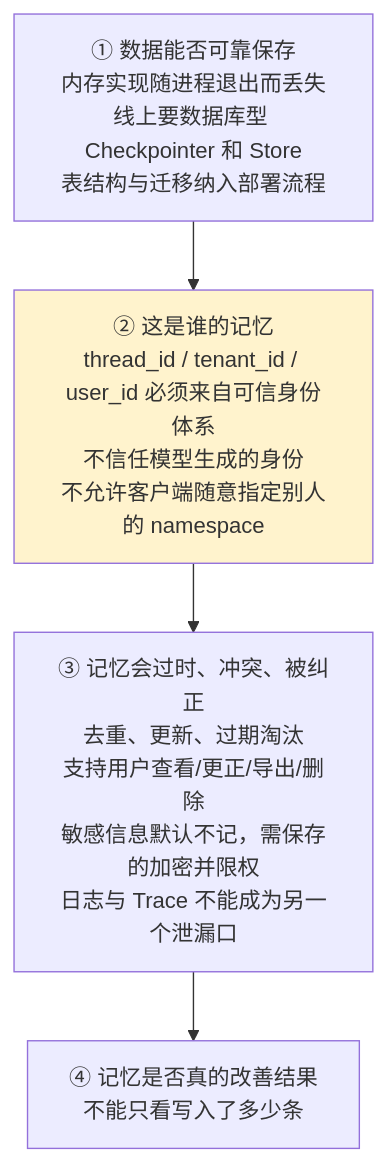
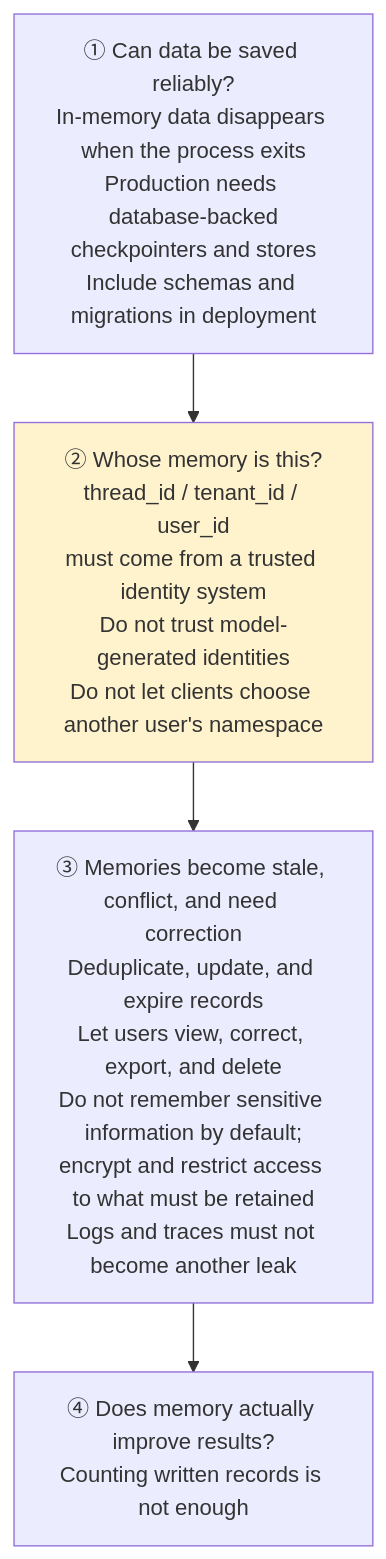
One commit to oneleaveknowsthefall/awesome-ai-roadmap changed the second of 2 diagrams in docs/frameworks/01-langchain/02-agent-building/06-memory.md. Above: the diagram before and after it, drawn with Mermaid. The commit also changed other lines of this file and 70 other files, not shown here.

````diff
--- a/docs/frameworks/01-langchain/02-agent-building/06-memory.md
+++ b/docs/frameworks/01-langchain/02-agent-building/06-memory.md
@@ -175,10 +177,10 @@
 ```mermaid
 flowchart TB
-    P1["① 数据能否可靠保存<br/>内存实现随进程退出而丢失<br/>线上要数据库型 Checkpointer 和 Store<br/>表结构与迁移纳入部署流程"]
-    P2["② 这是谁的记忆<br/>thread_id / tenant_id / user_id 必须来自可信身份体系<br/>不信任模型生成的身份<br/>不允许客户端随意指定别人的 namespace"]
-    P3["③ 记忆会过时、冲突、被纠正<br/>去重、更新、过期淘汰<br/>支持用户查看/更正/导出/删除<br/>敏感信息默认不记，需保存的加密并限权<br/>日志与 Trace 不能成为另一个泄漏口"]
-    P4["④ 记忆是否真的改善结果<br/>不能只看写入了多少条"]
+    P1["① Can data be saved reliably?<br/>In-memory data disappears when the process exits<br/>Production needs database-backed<br/>checkpointers and stores<br/>Include schemas and migrations in deployment"]
+    P2["② Whose memory is this?<br/>thread_id / tenant_id / user_id<br/>must come from a trusted identity system<br/>Do not trust model-generated identities<br/>Do not let clients choose another user's namespace"]
+    P3["③ Memories become stale, conflict, and need correction<br/>Deduplicate, update, and expire records<br/>Let users view, correct, export, and delete<br/>Do not remember sensitive information by default;<br/>encrypt and restrict access to what must be retained<br/>Logs and traces must not become another leak"]
+    P4["④ Does memory actually improve results?<br/>Counting written records is not enough"]
     P1 --> P2 --> P3 --> P4
 
     style P2 fill:#fff3cd
 ```
````
